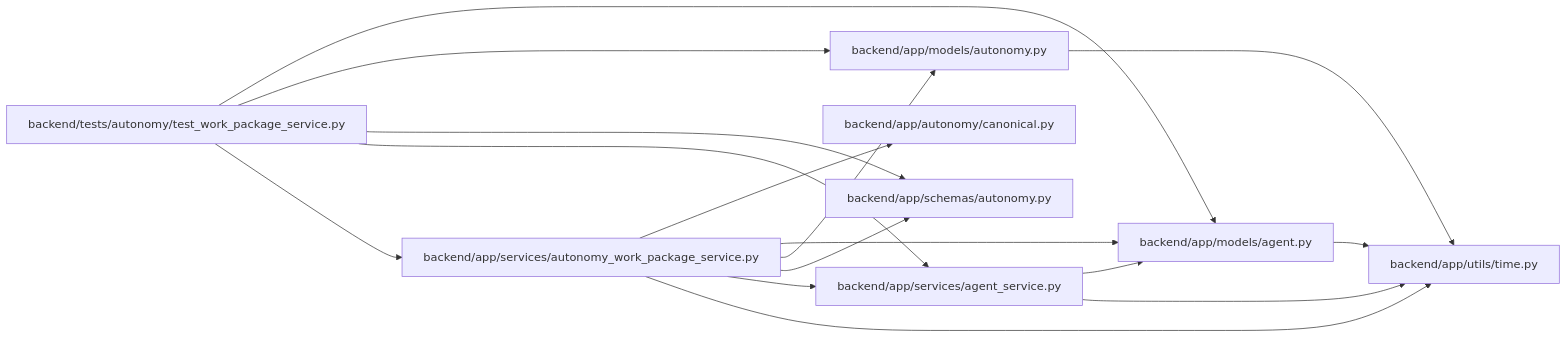
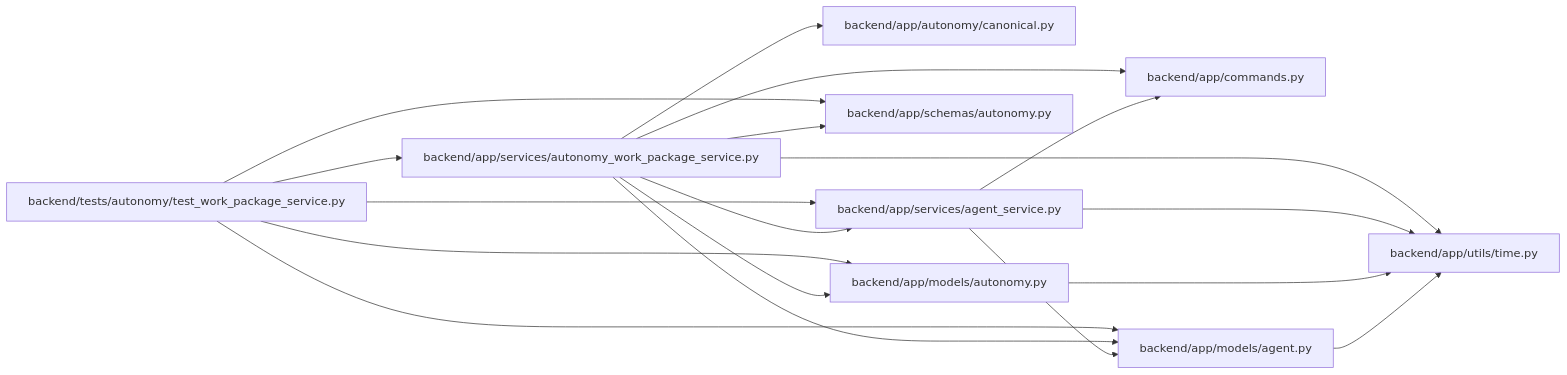
The diagram in docs/llm_wiki/modules/autonomy_work_package_service.md (Denissvgn/WorkChord), drawn with Mermaid before and after one commit. The commit also changed other lines of this file and 958 other files, not shown here.

First line of the commit message:
docs(wiki): refresh identity and recovery architecture

````diff
--- a/docs/llm_wiki/modules/autonomy_work_package_service.md
+++ b/docs/llm_wiki/modules/autonomy_work_package_service.md
@@ -29,34 +30,38 @@
 ```mermaid
 flowchart LR
     n0["backend/app/autonomy/canonical.py"]
-    n1["backend/app/models/agent.py"]
-    n2["backend/app/models/autonomy.py"]
-    n3["backend/app/schemas/autonomy.py"]
-    n4["backend/app/services/agent_service.py"]
-    n5["backend/app/services/autonomy_work_package_service.py"]
-    n6["backend/app/utils/time.py"]
-    n7["backend/tests/autonomy/test_work_package_service.py"]
-    n1 --> n6
-    n2 --> n6
-    n4 --> n1
-    n4 --> n6
-    n5 --> n0
+    n1["backend/app/commands.py"]
+    n2["backend/app/models/agent.py"]
+    n3["backend/app/models/autonomy.py"]
+    n4["backend/app/schemas/autonomy.py"]
+    n5["backend/app/services/agent_service.py"]
+    n6["backend/app/services/autonomy_work_package_service.py"]
+    n7["backend/app/utils/time.py"]
+    n8["backend/tests/autonomy/test_work_package_service.py"]
+    n2 --> n7
+    n3 --> n7
     n5 --> n1
     n5 --> n2
-    n5 --> n3
-    n5 --> n4
-    n5 --> n6
-    n7 --> n1
-    n7 --> n2
-    n7 --> n3
-    n7 --> n4
-    n7 --> n5
+    n5 --> n7
+    n6 --> n0
+    n6 --> n1
+    n6 --> n2
+    n6 --> n3
+    n6 --> n4
+    n6 --> n5
+    n6 --> n7
+    n8 --> n2
+    n8 --> n3
+    n8 --> n4
+    n8 --> n5
+    n8 --> n6
     click n0 "../modules/autonomy_canonical.md"
-    click n1 "../modules/models_agent.md"
-    click n2 "../modules/models_autonomy.md"
-    click n3 "../modules/schemas_autonomy.md"
-    click n4 "../modules/agent_service.md"
-    click n5 "../modules/autonomy_work_package_service.md"
-    click n6 "../modules/time.md"
-    click n7 "../modules/test_work_package_service.md"
+    click n1 "../modules/commands.md"
+    click n2 "../modules/models_agent.md"
+    click n3 "../modules/models_autonomy.md"
+    click n4 "../modules/schemas_autonomy.md"
+    click n5 "../modules/agent_service.md"
+    click n6 "../modules/autonomy_work_package_service.md"
+    click n7 "../modules/time.md"
+    click n8 "../modules/test_work_package_service.md"
 ```
````
